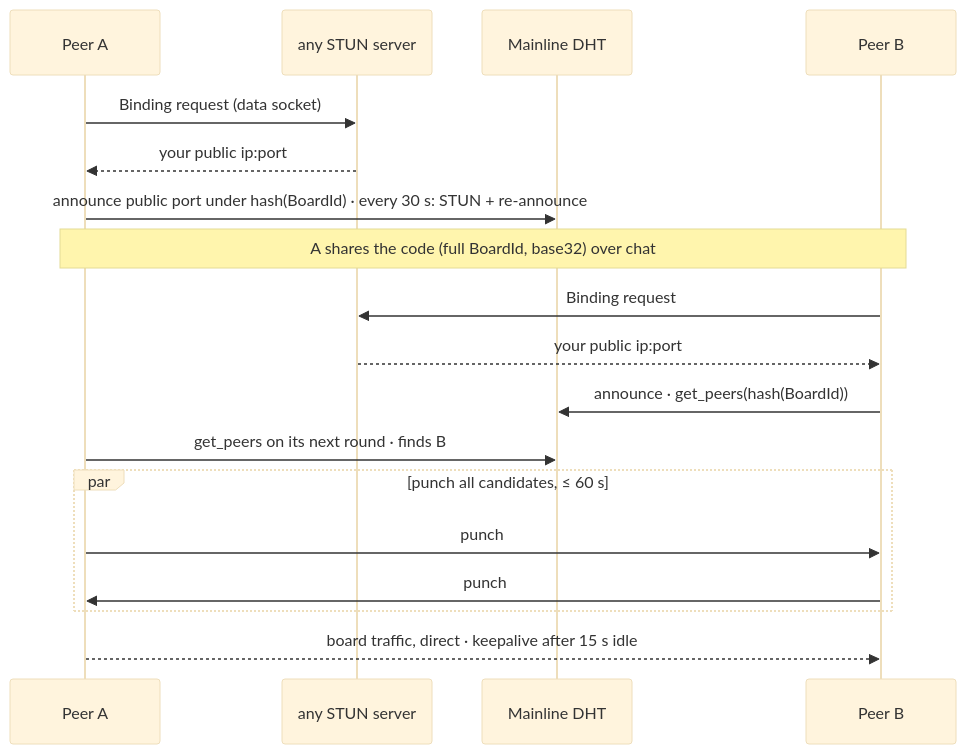
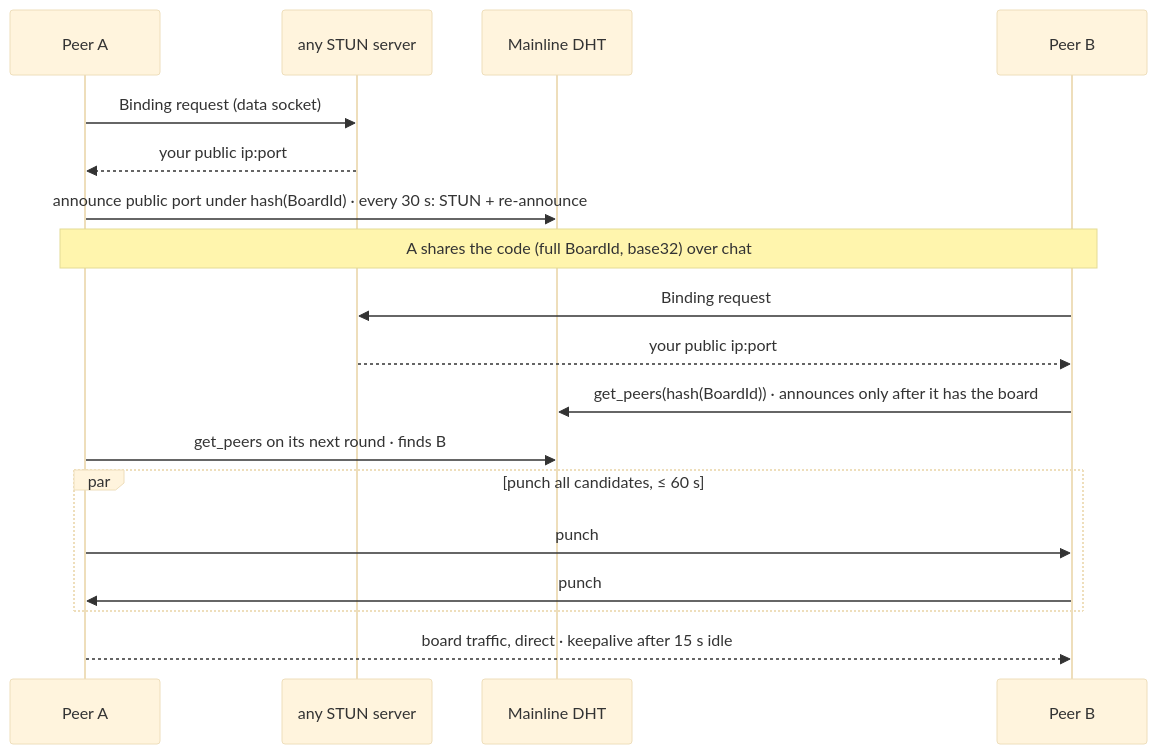
One commit to Student-Team-Projects/Most-Overkilled-Whiteboard-for-ArchLinux changed the diagram in docs/design/internet-connect.md. Above: the diagram before and after it, drawn with Mermaid (base theme). The commit also changed 5 other files, not shown here.

````diff
--- a/docs/design/internet-connect.md
+++ b/docs/design/internet-connect.md
@@ -6,20 +6,20 @@
 ```mermaid
 sequenceDiagram
     participant A as Peer A
     participant S as any STUN server
     participant D as Mainline DHT
     participant B as Peer B
     A->>S: Binding request (data socket)
     S-->>A: your public ip:port
     A->>D: announce public port under hash(BoardId) · every 30 s: STUN + re-announce
     Note over A,B: A shares the code (full BoardId, base32) over chat
     B->>S: Binding request
     S-->>B: your public ip:port
-    B->>D: announce · get_peers(hash(BoardId))
+    B->>D: get_peers(hash(BoardId)) · announces only after it has the board
     A->>D: get_peers on its next round · finds B
     par punch all candidates, ≤ 60 s
         A->>B: punch
         B->>A: punch
     end
     A-->>B: board traffic, direct · keepalive after 15 s idle
 ```
````
